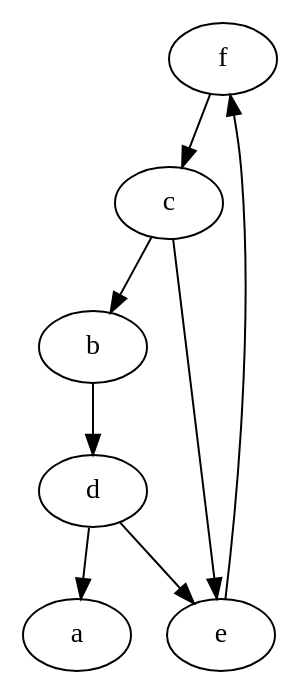
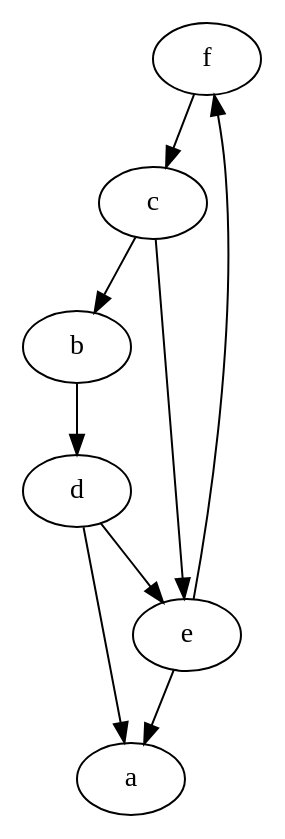
Before and after one commit to GabVenturato/asdproject: the diagram in dot_files/test_2.dot, drawn with Graphviz.

Commit message:
fixed test file

```diff
--- a/dot_files/test_2.dot
+++ b/dot_files/test_2.dot
@@ -1,9 +1,10 @@
 digraph mygraph {
 	f -> c;
 	c -> b;
 	c -> e;
 	e -> f;
+	e -> a;
 	b -> d;
 	d -> a;
 	d -> e;
 }
```
